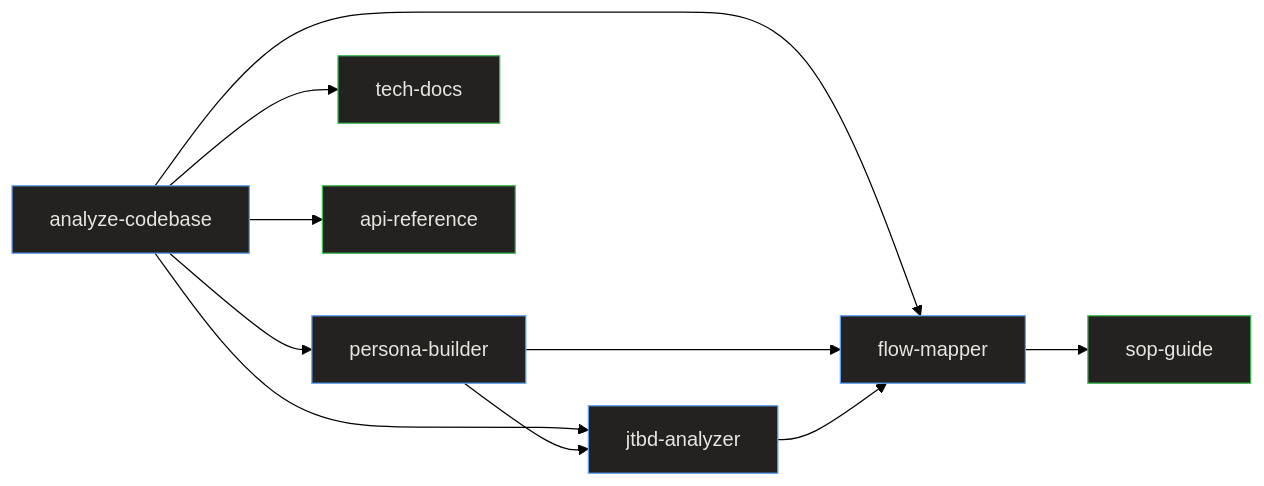
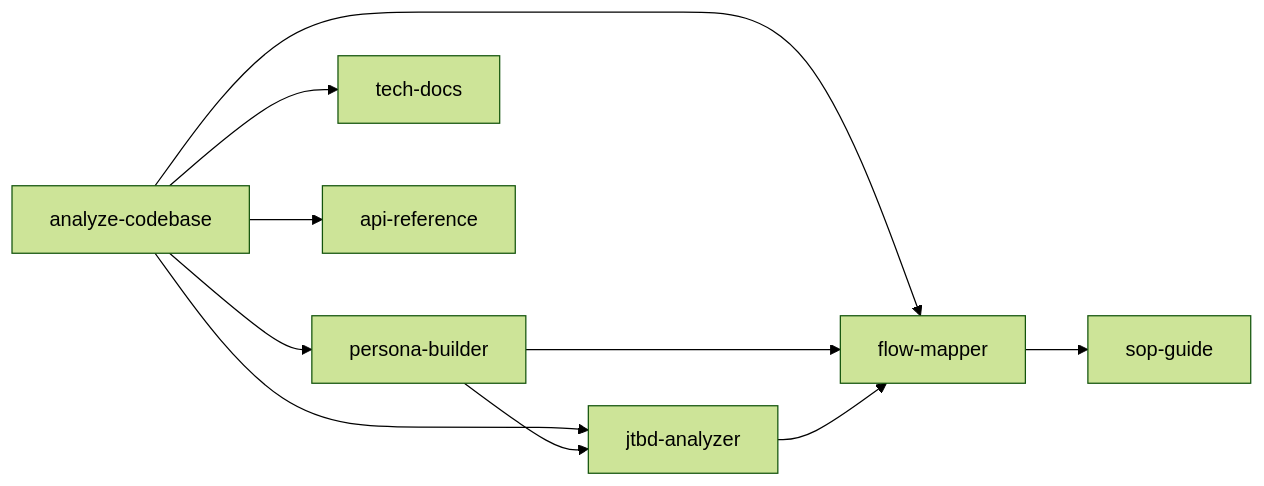
Before and after one commit to relukdev/doc-kit: the diagram in astro-site/src/content/docs/api/index.md, drawn with Mermaid (forest theme). The commit also changed 48 other files, not shown here.

First line of the commit message:
fix: remove hard-coded Mermaid dark-mode colors, use native themes for light/dark

````diff
--- a/astro-site/src/content/docs/api/index.md
+++ b/astro-site/src/content/docs/api/index.md
@@ -38,20 +38,13 @@
 ```mermaid
 graph LR
-    style A fill:#232221,stroke:#60A5FA,color:#E8E5DF
-    style B fill:#232221,stroke:#60A5FA,color:#E8E5DF
-    style C fill:#232221,stroke:#60A5FA,color:#E8E5DF
-    style D fill:#232221,stroke:#60A5FA,color:#E8E5DF
-    style E fill:#232221,stroke:#3fb950,color:#E8E5DF
-    style F fill:#232221,stroke:#3fb950,color:#E8E5DF
-    style G fill:#232221,stroke:#3fb950,color:#E8E5DF
 
     A["analyze-codebase"] --> B["persona-builder"]
     A --> C["jtbd-analyzer"]
     B --> C
     A --> D["flow-mapper"]
     B --> D
     C --> D
     A --> E["tech-docs"]
     D --> F["sop-guide"]
     A --> G["api-reference"]
 ```
````
